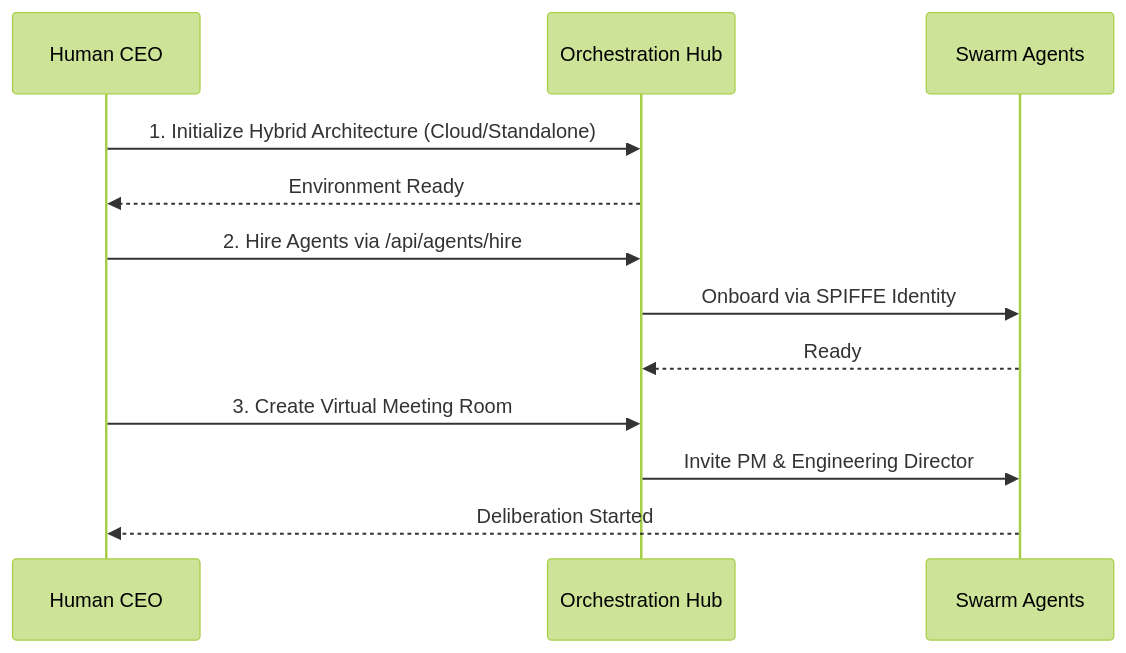
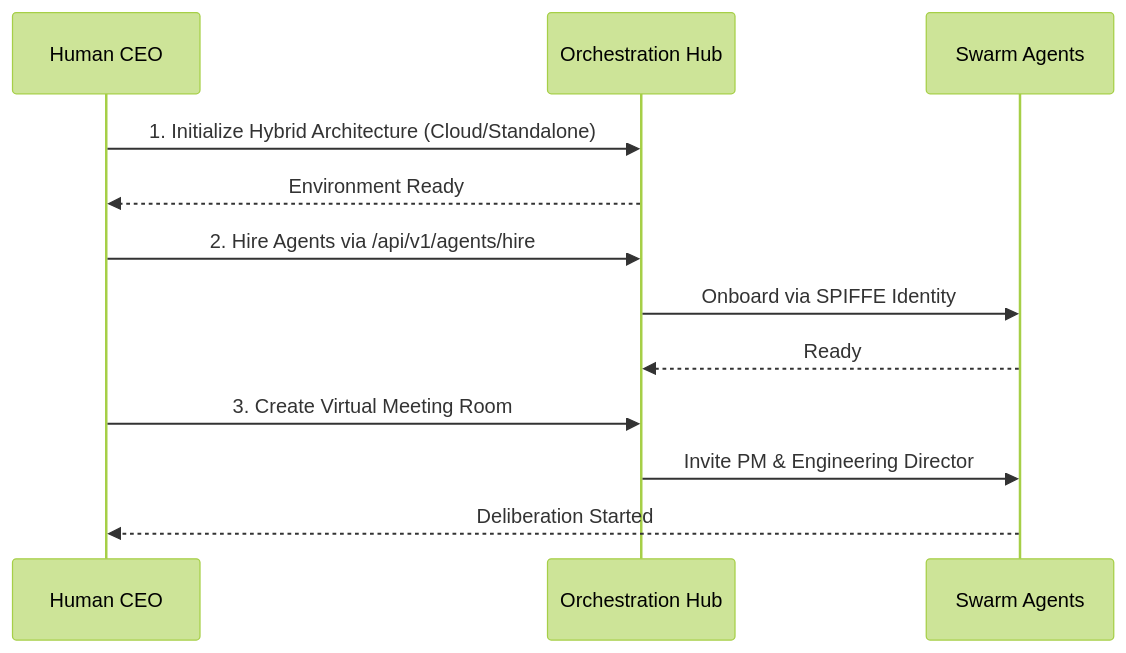
One commit to omnisolo-llc/onehumancorp changed the first of 4 diagrams in docs/technical/walkthroughs/help_portal.md. Above: the diagram before and after it, drawn with Mermaid (forest theme). The commit also changed 584 other files, not shown here.

````diff
--- a/docs/technical/walkthroughs/help_portal.md
+++ b/docs/technical/walkthroughs/help_portal.md
@@ -11,15 +11,15 @@
 ```mermaid
 sequenceDiagram
     participant CEO as Human CEO
     participant Hub as Orchestration Hub
     participant Agents as Swarm Agents
 
     CEO->>Hub: 1. Initialize Hybrid Architecture (Cloud/Standalone)
     Hub-->>CEO: Environment Ready
-    CEO->>Hub: 2. Hire Agents via /api/agents/hire
+    CEO->>Hub: 2. Hire Agents via /api/v1/agents/hire
     Hub->>Agents: Onboard via SPIFFE Identity
     Agents-->>Hub: Ready
     CEO->>Hub: 3. Create Virtual Meeting Room
     Hub->>Agents: Invite PM & Engineering Director
     Agents-->>CEO: Deliberation Started
 ```
````
